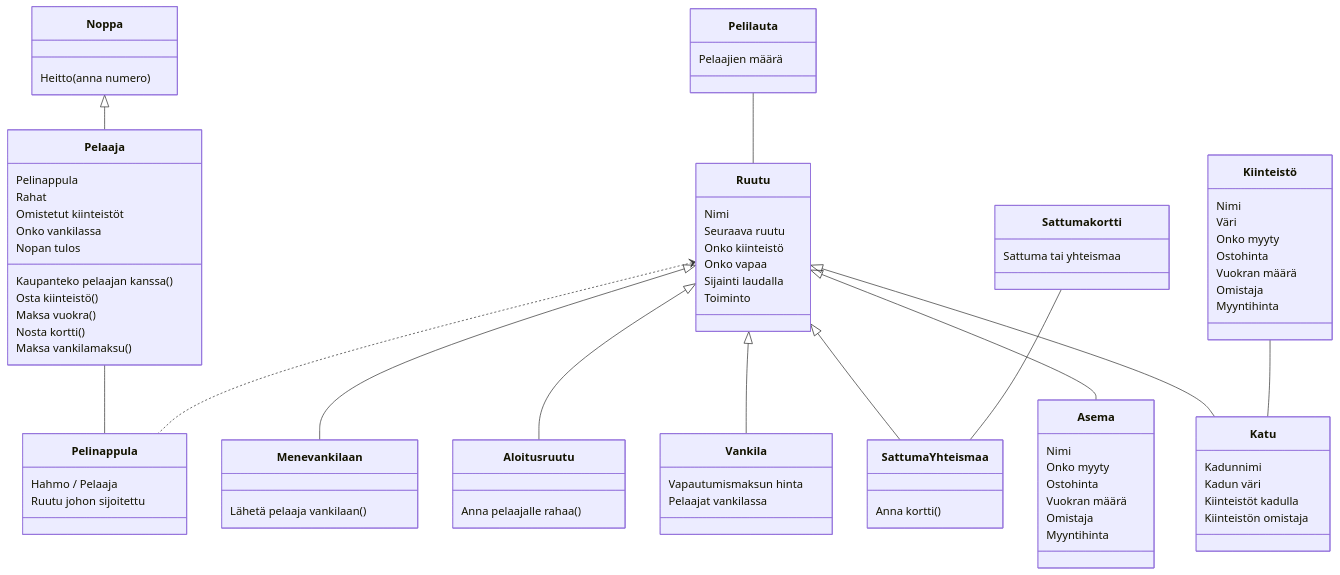
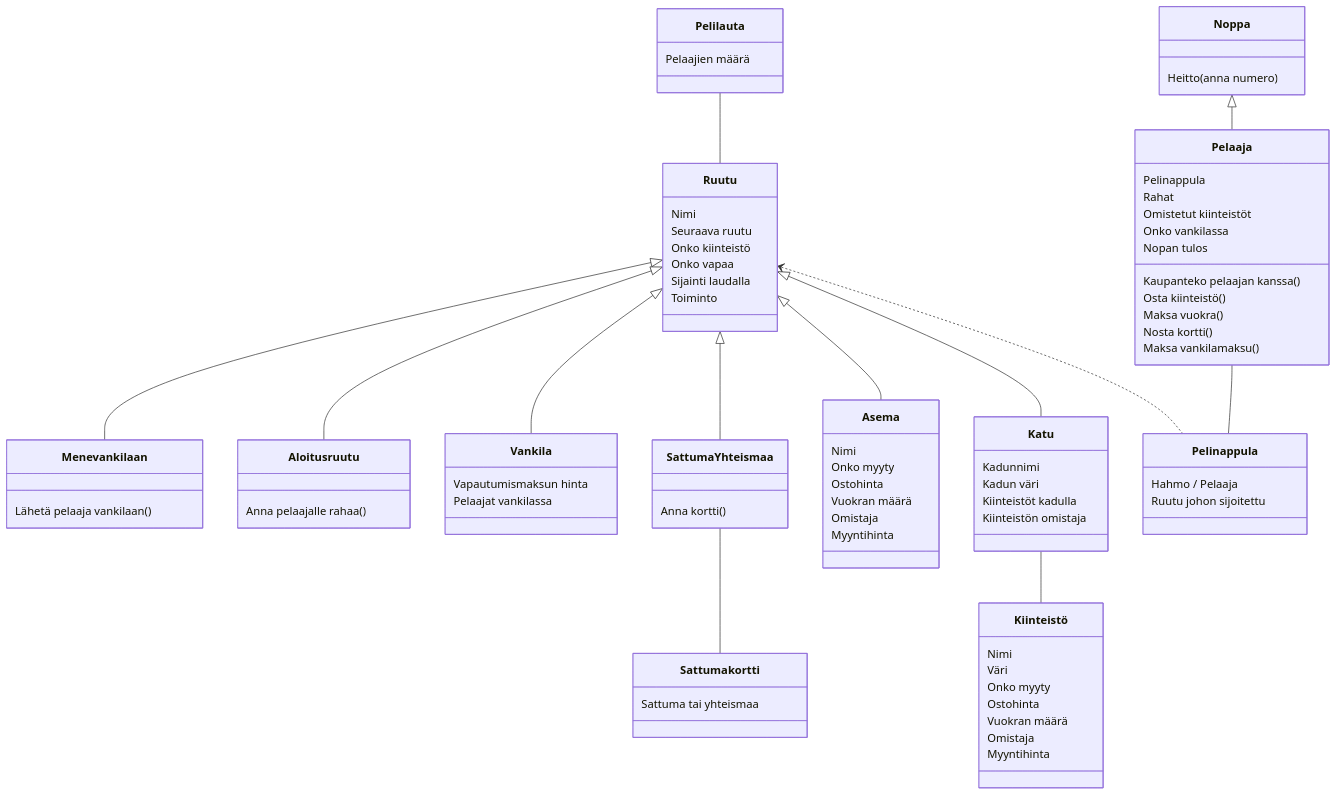
One commit to kodtld/TravelHub changed the diagram in laskarit/viikko3/luokkakaavio.md. Above: the diagram before and after it, drawn with Mermaid.

```diff
--- a/laskarit/viikko3/luokkakaavio.md
+++ b/laskarit/viikko3/luokkakaavio.md
@@ -9,10 +9,10 @@
       Ruutu  <|-- Asema
       Ruutu  <|-- Katu
       Pelilauta -- Ruutu
-      Kiinteistö -- Katu
+      Katu -- Kiinteistö
       Pelaaja -- Pelinappula
       Ruutu <.. Pelinappula
-      Sattumakortti -- SattumaYhteismaa  
+      SattumaYhteismaa -- Sattumakortti 
 
       Pelilauta : Pelaajien määrä  
 
```
